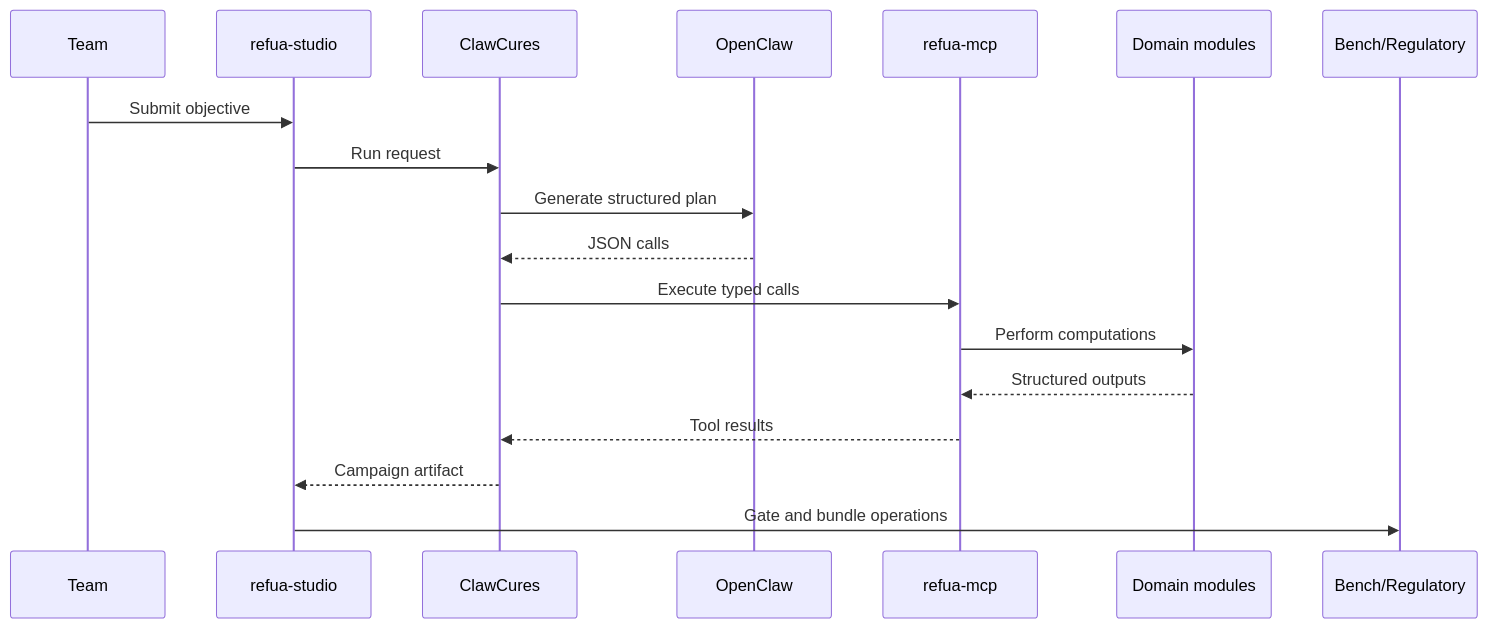
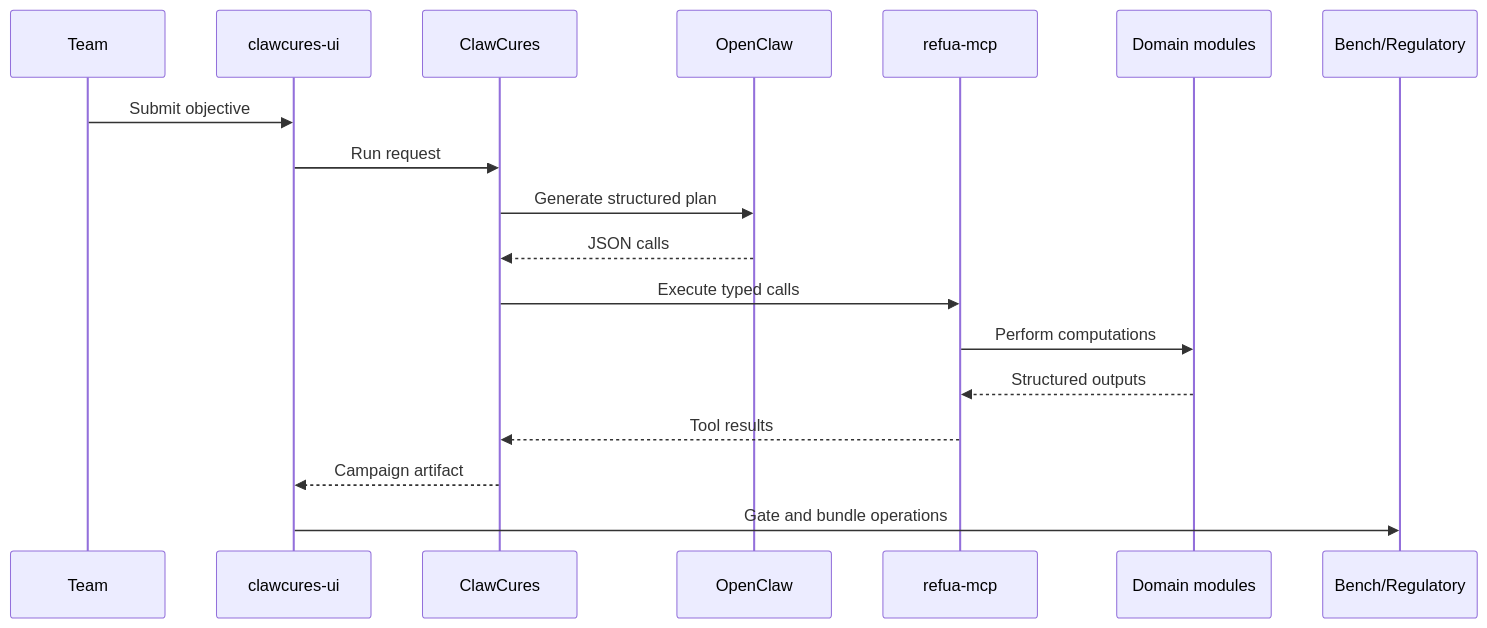
One commit to agentcures/.github changed the third of 3 diagrams in guidebook/chapter-02-platform-architecture.md. Above: the diagram before and after it, drawn with Mermaid. The commit also changed other lines of this file and 9 other files, not shown here.

````diff
--- a/guidebook/chapter-02-platform-architecture.md
+++ b/guidebook/chapter-02-platform-architecture.md
@@ -80,21 +80,21 @@
 ```mermaid
 sequenceDiagram
     participant Team
-    participant Studio as refua-studio
+    participant Studio as clawcures-ui
     participant Orchestrator as ClawCures
     participant Planner as OpenClaw
     participant MCP as refua-mcp
     participant Modules as Domain modules
     participant Gov as Bench/Regulatory
 
     Team->>Studio: Submit objective
     Studio->>Orchestrator: Run request
     Orchestrator->>Planner: Generate structured plan
     Planner-->>Orchestrator: JSON calls
     Orchestrator->>MCP: Execute typed calls
     MCP->>Modules: Perform computations
     Modules-->>MCP: Structured outputs
     MCP-->>Orchestrator: Tool results
     Orchestrator-->>Studio: Campaign artifact
     Studio->>Gov: Gate and bundle operations
 ```
````
